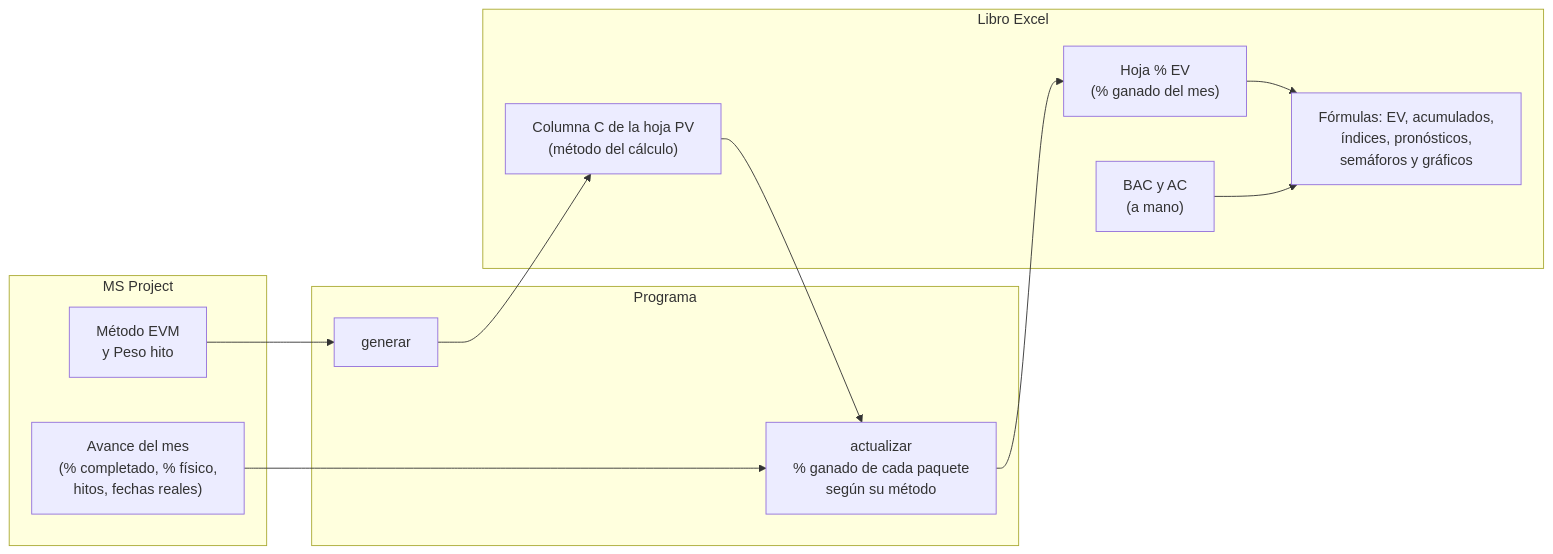
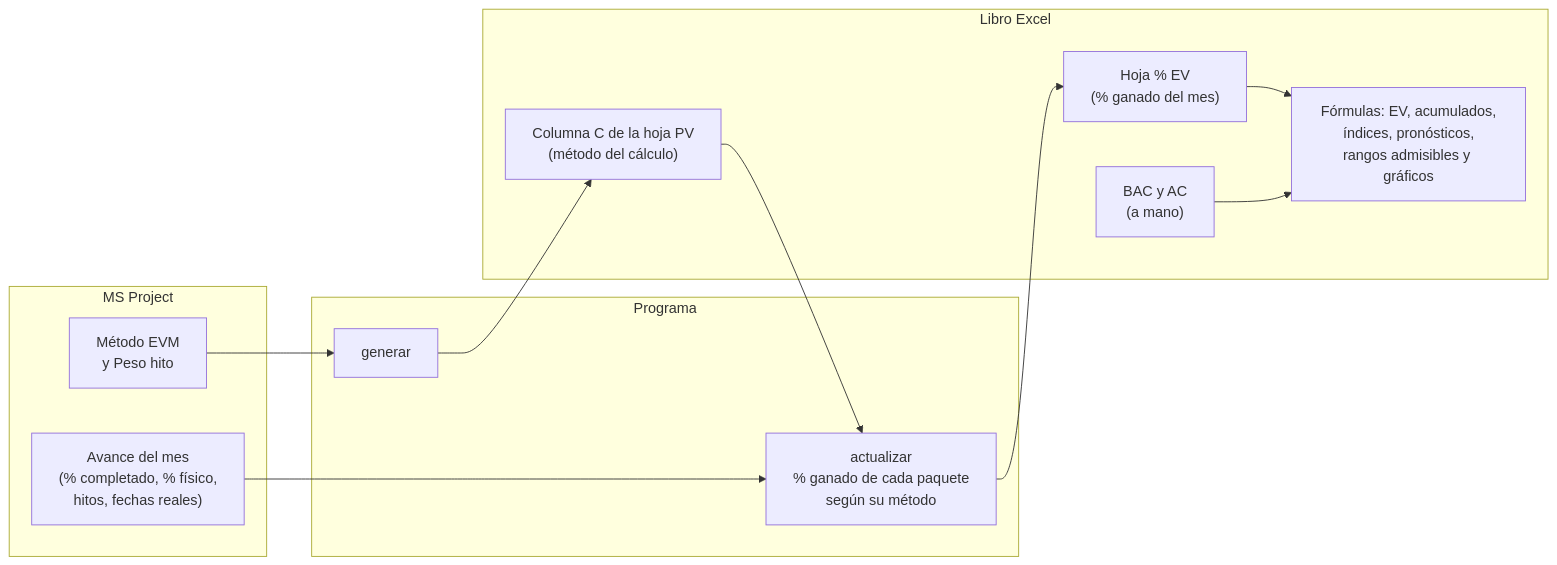
The first of 3 diagrams in docs/metodos-de-medicion.md (MarceloSalazar/evm-automation), drawn with Mermaid before and after one commit. The commit also changed other lines of this file and 76 other files, not shown here.

````diff
--- a/docs/metodos-de-medicion.md
+++ b/docs/metodos-de-medicion.md
@@ -82,22 +82,22 @@
 ```mermaid
 flowchart LR
     subgraph MSP["MS Project"]
         M1["Método EVM<br/>y Peso hito"]
         M2["Avance del mes<br/>(% completado, % físico,<br/>hitos, fechas reales)"]
     end
     subgraph PRG["Programa"]
         G["generar"]
         U["actualizar<br/>% ganado de cada paquete<br/>según su método"]
     end
     subgraph XL["Libro Excel"]
         C["Columna C de la hoja PV<br/>(método del cálculo)"]
         V["Hoja % EV<br/>(% ganado del mes)"]
         B["BAC y AC<br/>(a mano)"]
-        F["Fórmulas: EV, acumulados,<br/>índices, pronósticos,<br/>semáforos y gráficos"]
+        F["Fórmulas: EV, acumulados,<br/>índices, pronósticos,<br/>rangos admisibles y gráficos"]
     end
     M1 --> G --> C
     C --> U
     M2 --> U
     U --> V --> F
     B --> F
 ```
````
